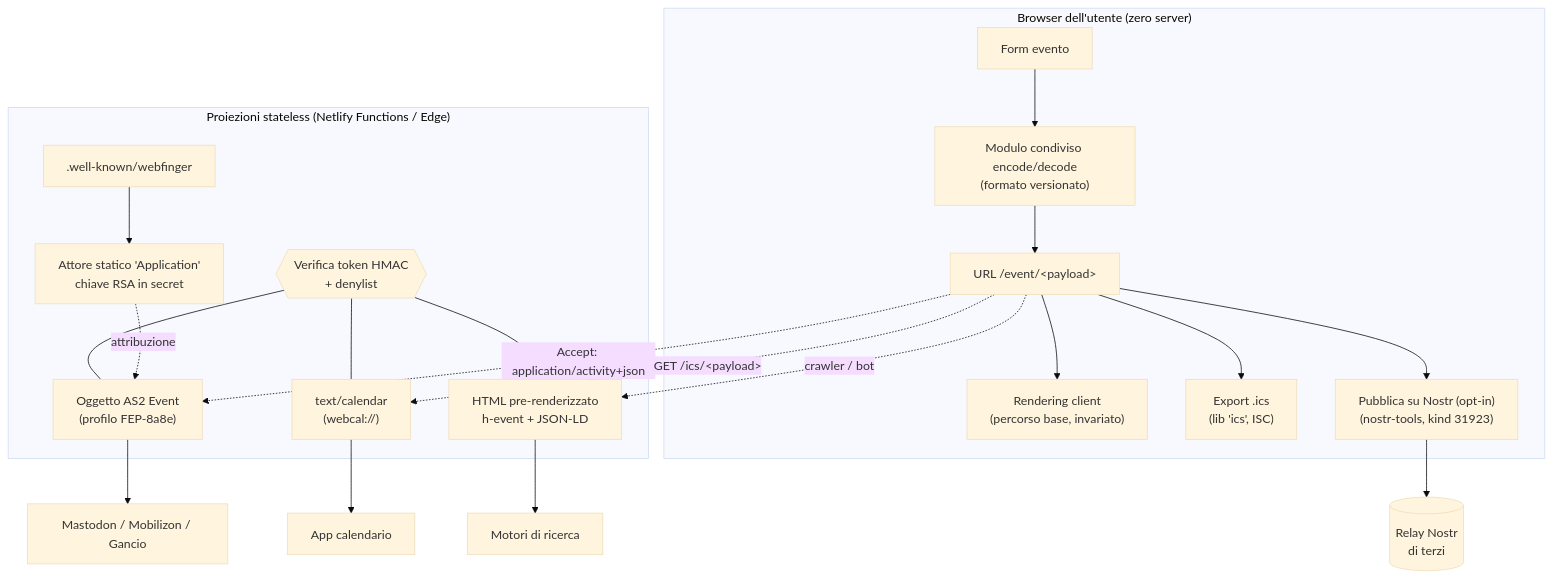
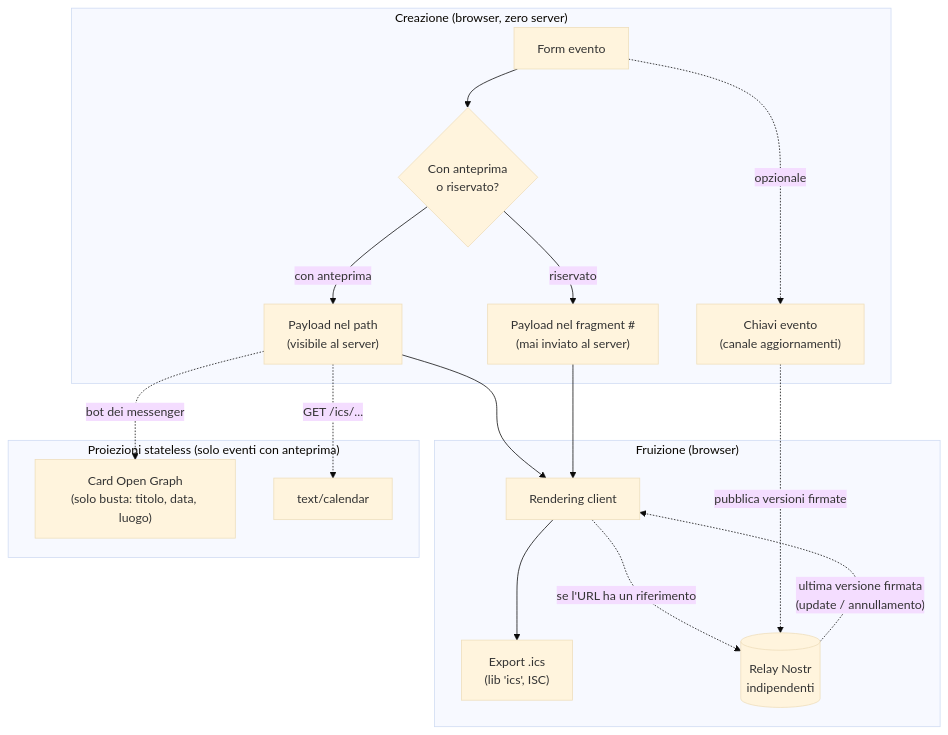
One commit to AlbyIanna/evento changed the diagram in docs/architecture-decentralized.md. Above: the diagram before and after it, drawn with Mermaid (base theme). The commit also changed other lines of this file, not shown here.

First line of the commit message:
Rewrite reference architecture (v2) around the informal-organizer use case

````diff
--- a/docs/architecture-decentralized.md
+++ b/docs/architecture-decentralized.md
@@ -31,26 +25,21 @@
 ```mermaid
 flowchart TB
-    subgraph browser["Browser dell'utente (zero server)"]
-        form["Form evento"] --> enc["Modulo condiviso encode/decode<br/>(formato versionato)"]
-        enc --> url["URL /event/#lt;payload#gt;"]
-        url --> view["Rendering client<br/>(percorso base, invariato)"]
-        url --> ics1["Export .ics<br/>(lib 'ics', ISC)"]
-        url --> nostr["Pubblica su Nostr (opt-in)<br/>(nostr-tools, kind 31923)"]
+    subgraph creazione["Creazione (browser, zero server)"]
+        form["Form evento"] --> choice{"Con anteprima<br/>o riservato?"}
+        choice -->|"con anteprima"| path["Payload nel path<br/>(visibile al server)"]
+        choice -->|"riservato"| frag["Payload nel fragment #35;<br/>(mai inviato al server)"]
+        form -. "opzionale" .-> key["Chiavi evento<br/>(canale aggiornamenti)"]
     end
-
-    subgraph functions["Proiezioni stateless (Netlify Functions / Edge)"]
-        url -. "Accept: application/activity+json" .-> as2["Oggetto AS2 Event<br/>(profilo FEP-8a8e)"]
-        url -. "GET /ics/#lt;payload#gt;" .-> cal["text/calendar<br/>(webcal://)"]
-        url -. "crawler / bot" .-> hevent["HTML pre-renderizzato<br/>h-event + JSON-LD"]
-        wf[".well-known/webfinger"] --> actor["Attore statico 'Application'<br/>chiave RSA in secret"]
-        actor -. attribuzione .-> as2
-        guard{{"Verifica token HMAC<br/>+ denylist"}} --- as2
-        guard --- cal
-        guard --- hevent
+    subgraph fruizione["Fruizione (browser)"]
+        path --> render["Rendering client"]
+        frag --> render
+        render --> ics["Export .ics<br/>(lib 'ics', ISC)"]
+        render -. "se l'URL ha un riferimento" .-> relays[("Relay Nostr<br/>indipendenti")]
+        relays -. "ultima versione firmata<br/>(update / annullamento)" .-> render
     end
-
-    nostr --> relay[("Relay Nostr<br/>di terzi")]
-    as2 --> fedi["Mastodon / Mobilizon / Gancio"]
-    cal --> calapps["App calendario"]
-    hevent --> search["Motori di ricerca"]
+    subgraph server["Proiezioni stateless (solo eventi con anteprima)"]
+        path -. "bot dei messenger" .-> og["Card Open Graph<br/>(solo busta: titolo, data, luogo)"]
+        path -. "GET /ics/..." .-> calsrv["text/calendar"]
+    end
+    key -. "pubblica versioni firmate" .-> relays
 ```
````
